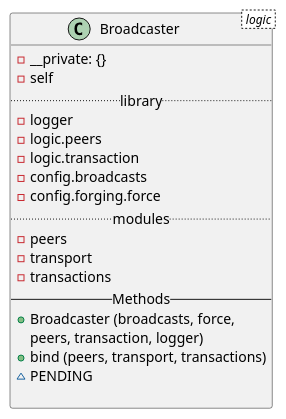
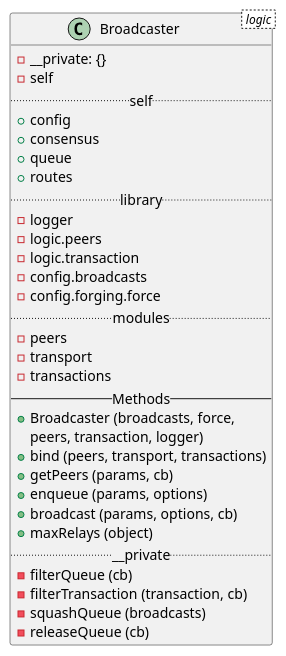
One commit to LucasIsasmendi/lisk-core-plantuml changed the diagram in class/classes/logic/broadcaster.puml. Above: the diagram before and after it, drawn with PlantUML. The commit also changed 14 other files, not shown here.

```diff
--- a/class/classes/logic/broadcaster.puml
+++ b/class/classes/logic/broadcaster.puml
@@ -1,22 +1,34 @@
 @startuml
 class Broadcaster < logic > {
   - __private: {}
   - self
+  .. self ..
+  + config
+  + consensus
+  + queue
+  + routes
   .. library ..
   - logger
   - logic.peers
   - logic.transaction
   - config.broadcasts
   - config.forging.force
   .. modules ..
   - peers
   - transport
   - transactions
   -- Methods --
   + Broadcaster (broadcasts, force,
   peers, transaction, logger)
   + bind (peers, transport, transactions)
-  ~ PENDING
-
+  + getPeers (params, cb)
+  + enqueue (params, options)
+  + broadcast (params, options, cb)
+  + maxRelays (object)
+  .. __private ..
+  - filterQueue (cb)
+  - filterTransaction (transaction, cb)
+  - squashQueue (broadcasts)
+  - releaseQueue (cb)
 }
 @endtuml
```
